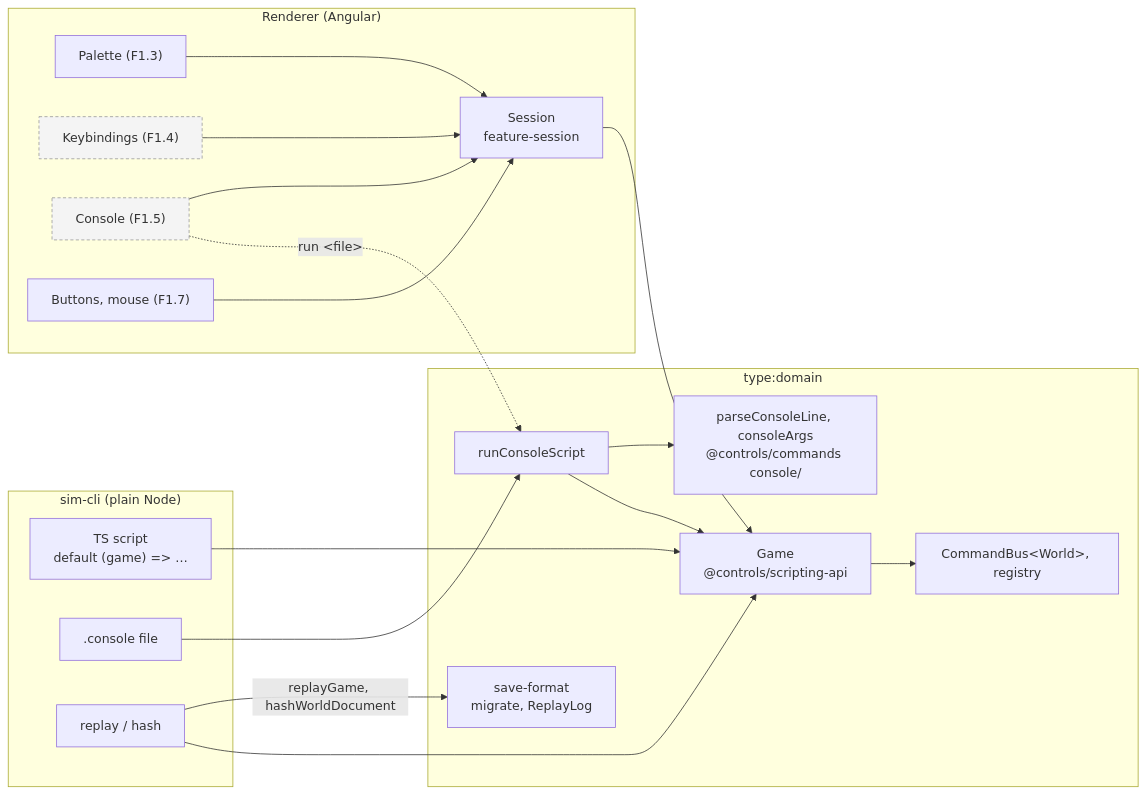
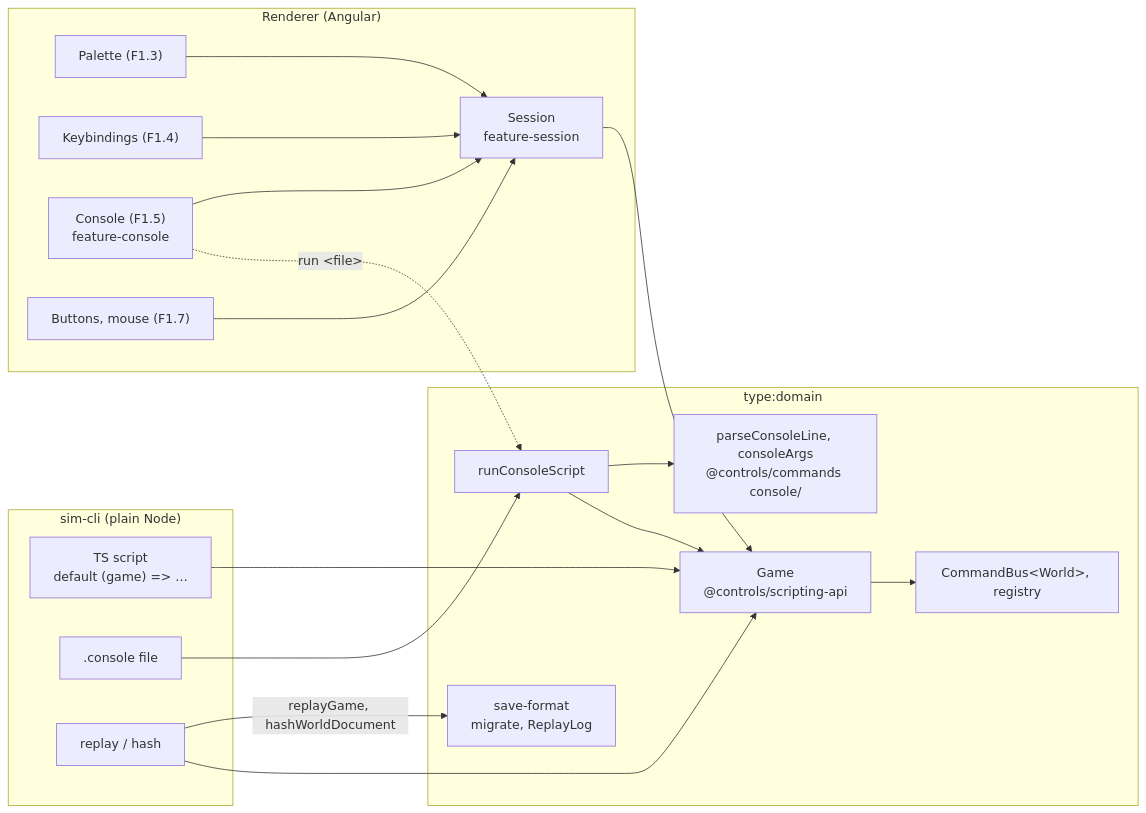
Before and after one commit to joebarbere/controls: the first of 3 diagrams in docs/architecture/scripting.md, drawn with Mermaid. The commit also changed other lines of this file and 53 other files, not shown here.

````diff
--- a/docs/architecture/scripting.md
+++ b/docs/architecture/scripting.md
@@ -9,32 +9,32 @@
 ```mermaid
 flowchart LR
     classDef later fill:#f4f4f4,stroke:#999,stroke-dasharray: 4 3;
     subgraph ui["Renderer (Angular)"]
         PAL["Palette (F1.3)"] --> SES
-        KEY["Keybindings (F1.4)"]:::later --> SES
-        CON["Console (F1.5)"]:::later --> SES
+        KEY["Keybindings (F1.4)"] --> SES
+        CON["Console (F1.5)<br/>feature-console"] --> SES
         BTN["Buttons, mouse (F1.7)"] --> SES
         SES["Session<br/>feature-session"]
     end
     subgraph node["sim-cli (plain Node)"]
         TS["TS script<br/>default (game) => …"]
         CL[".console file"]
         RP["replay / hash"]
     end
     subgraph domain["type:domain"]
         GAME["Game<br/>@controls/scripting-api"]
         RCS["runConsoleScript"]
         PARSE["parseConsoleLine, consoleArgs<br/>@controls/commands console/"]
         BUS["CommandBus&lt;World&gt;, registry"]
         SF["save-format<br/>migrate, ReplayLog"]
     end
     SES --> GAME
     CON -.->|"run &lt;file&gt;"| RCS
     TS --> GAME
     CL --> RCS
     RCS --> PARSE
     RCS --> GAME
     RP -->|"replayGame, hashWorldDocument"| SF
     RP --> GAME
     GAME --> BUS
 ```
````
